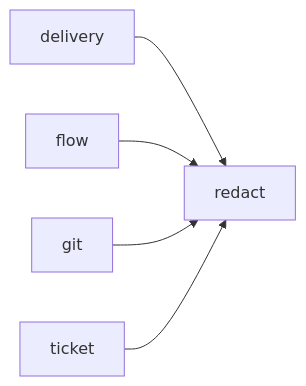
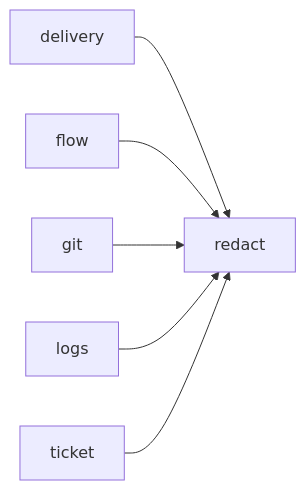
The diagram in docs/architecture/modules/redact.md (plaplanche/ariane), drawn with Mermaid before and after one commit. The commit also changed 22 other files, not shown here.

````diff
--- a/docs/architecture/modules/redact.md
+++ b/docs/architecture/modules/redact.md
@@ -13,7 +13,8 @@
 ```mermaid
 flowchart LR
   delivery --> redact
   flow --> redact
   git --> redact
+  logs --> redact
   ticket --> redact
 ```
````
